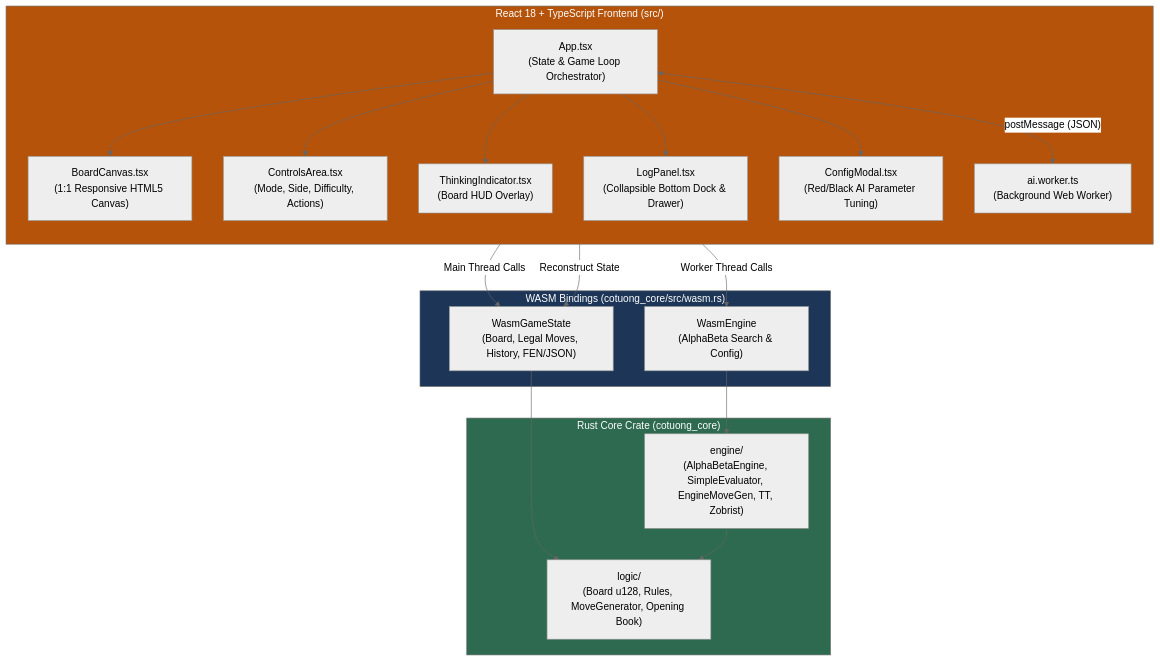
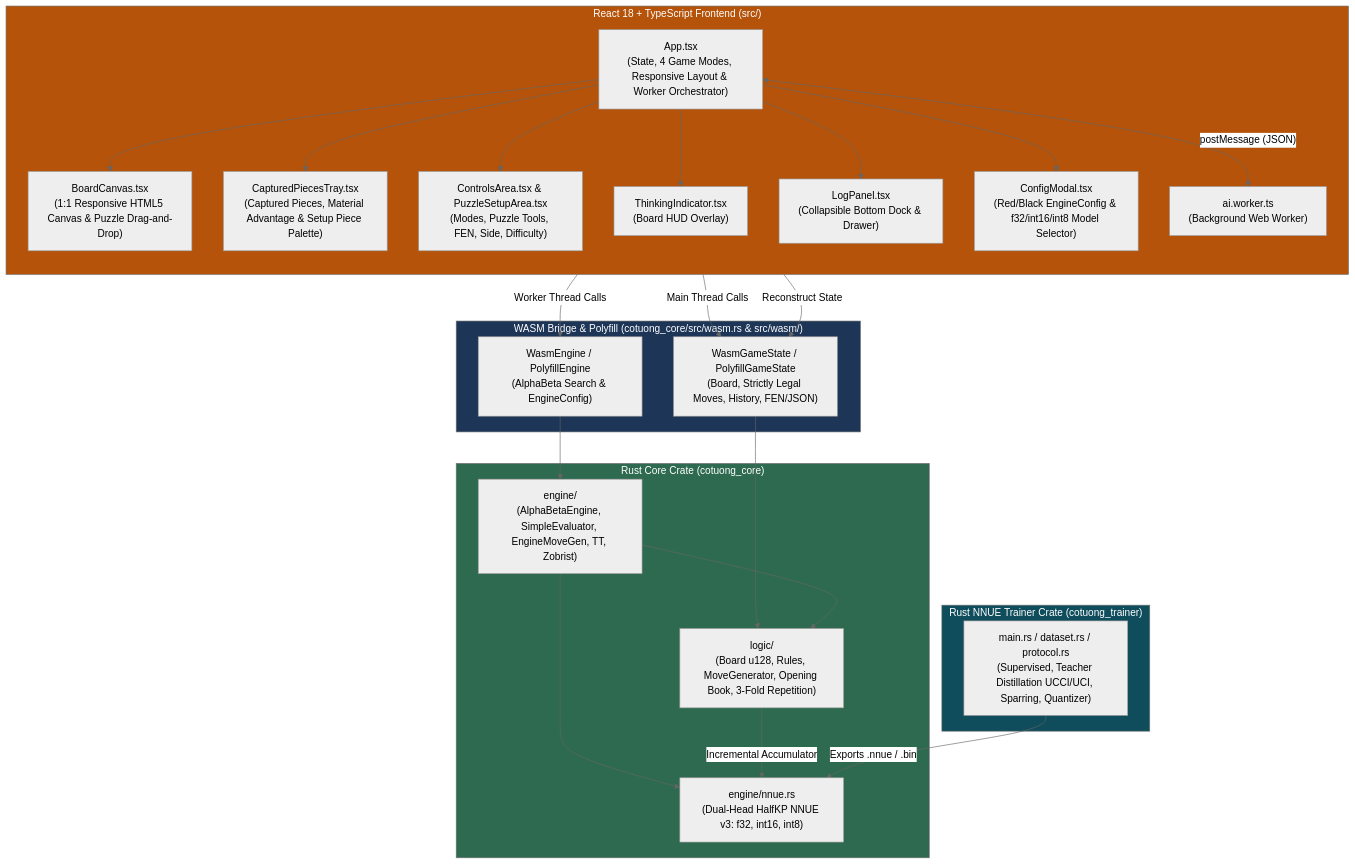
Before and after one commit to thichuong/GameCoTuong: the first of 5 diagrams in ARCHITECTURE.md, drawn with Mermaid (neutral theme). The commit also changed other lines of this file and 8 other files, not shown here.

````diff
--- a/ARCHITECTURE.md
+++ b/ARCHITECTURE.md
@@ -5,40 +5,51 @@
 ```mermaid
 graph TB
     subgraph Frontend["React 18 + TypeScript Frontend (src/)"]
         direction TB
-        App["App.tsx<br/>(State & Game Loop Orchestrator)"]
-        Canvas["BoardCanvas.tsx<br/>(1:1 Responsive HTML5 Canvas)"]
-        Controls["ControlsArea.tsx<br/>(Mode, Side, Difficulty, Actions)"]
+        App["App.tsx<br/>(State, 4 Game Modes, Responsive Layout & Worker Orchestrator)"]
+        Canvas["BoardCanvas.tsx<br/>(1:1 Responsive HTML5 Canvas & Puzzle Drag-and-Drop)"]
+        Trays["CapturedPiecesTray.tsx<br/>(Captured Pieces, Material Advantage & Setup Piece Palette)"]
+        Controls["ControlsArea.tsx & PuzzleSetupArea.tsx<br/>(Modes, Puzzle Tools, FEN, Side, Difficulty)"]
         Overlay["ThinkingIndicator.tsx<br/>(Board HUD Overlay)"]
         Log["LogPanel.tsx<br/>(Collapsible Bottom Dock & Drawer)"]
-        Config["ConfigModal.tsx<br/>(Red/Black AI Parameter Tuning)"]
+        Config["ConfigModal.tsx<br/>(Red/Black EngineConfig & f32/int16/int8 Model Selector)"]
         Worker["ai.worker.ts<br/>(Background Web Worker)"]
     end
 
-    subgraph WasmBridge["WASM Bindings (cotuong_core/src/wasm.rs)"]
-        WGS["WasmGameState<br/>(Board, Legal Moves, History, FEN/JSON)"]
-        WE["WasmEngine<br/>(AlphaBeta Search & Config)"]
+    subgraph WasmBridge["WASM Bridge & Polyfill (cotuong_core/src/wasm.rs & src/wasm/)"]
+        WGS["WasmGameState / PolyfillGameState<br/>(Board, Strictly Legal Moves, History, FEN/JSON)"]
+        WE["WasmEngine / PolyfillEngine<br/>(AlphaBeta Search & EngineConfig)"]
     end
 
     subgraph Core["Rust Core Crate (cotuong_core)"]
-        Logic["logic/<br/>(Board u128, Rules, MoveGenerator, Opening Book)"]
+        Logic["logic/<br/>(Board u128, Rules, MoveGenerator, Opening Book, 3-Fold Repetition)"]
         Engine["engine/<br/>(AlphaBetaEngine, SimpleEvaluator, EngineMoveGen, TT, Zobrist)"]
+        NNUE["engine/nnue.rs<br/>(Dual-Head HalfKP NNUE v3: f32, int16, int8)"]
+    end
+
+    subgraph Trainer["Rust NNUE Trainer Crate (cotuong_trainer)"]
+        TrainMain["main.rs / dataset.rs / protocol.rs<br/>(Supervised, Teacher Distillation UCCI/UCI, Sparring, Quantizer)"]
     end
 
     App --> Canvas
+    App --> Trays
     App --> Controls
     App --> Overlay
     App --> Log
     App --> Config
     App -->|"Main Thread Calls"| WGS
     App <-->|"postMessage (JSON)"| Worker
     Worker -->|"Worker Thread Calls"| WE
     Worker -->|"Reconstruct State"| WGS
     WGS --> Logic
     WE --> Engine
     Engine --> Logic
+    Engine --> NNUE
+    Logic -->|"Incremental Accumulator"| NNUE
+    TrainMain -->|"Exports .nnue / .bin"| NNUE
 
     style Core fill:#2d6a4f,color:#fff
+    style Trainer fill:#0f4c5c,color:#fff
     style WasmBridge fill:#1d3557,color:#fff
     style Frontend fill:#b45309,color:#fff
 ```
````
